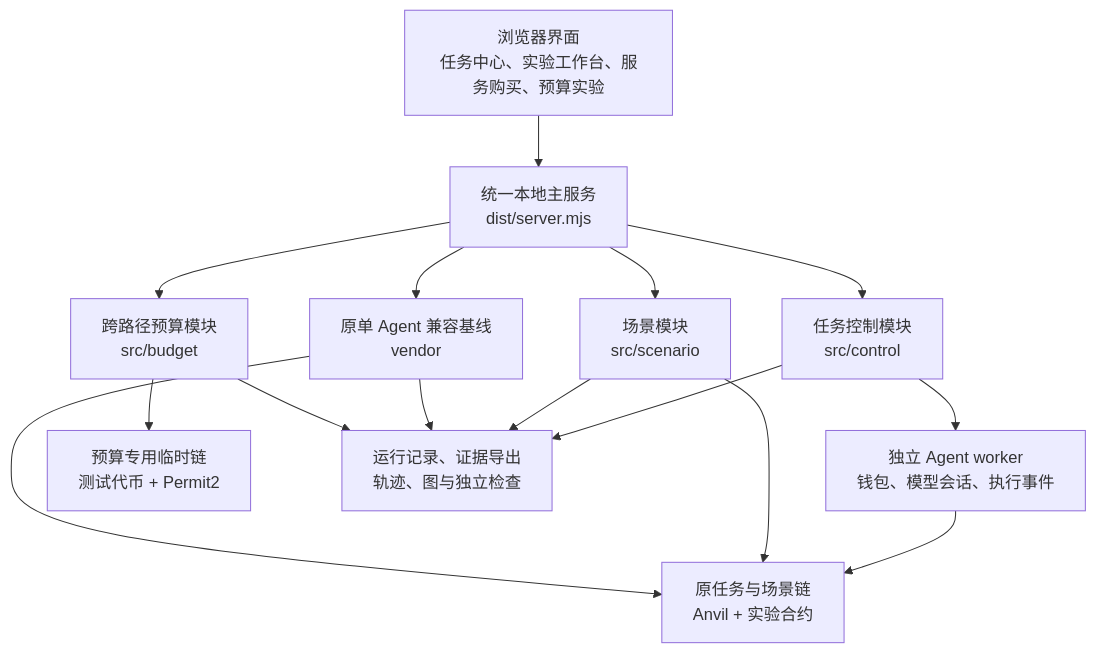
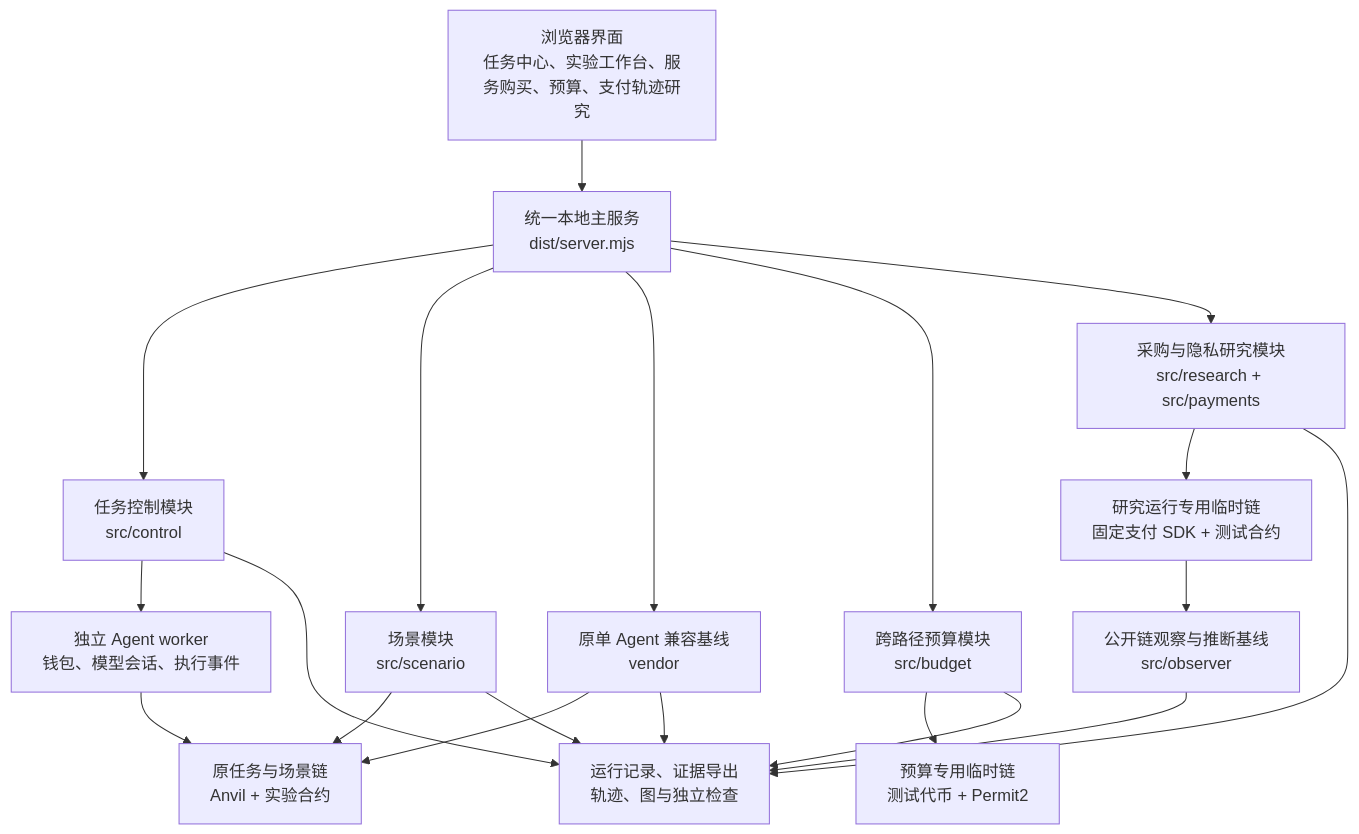
Before and after one commit to ZhanHaowen/Web3-Agent-Lab: the diagram in README.md, drawn with Mermaid. The commit also changed other lines of this file and 142 other files, not shown here.

````diff
--- a/README.md
+++ b/README.md
@@ -158,32 +173,40 @@
 ```mermaid
 flowchart TB
-    UI["浏览器界面<br/>任务中心、实验工作台、服务购买、预算实验"]
+    UI["浏览器界面<br/>任务中心、实验工作台、服务购买、预算、支付轨迹研究"]
     MAIN["统一本地主服务<br/>dist/server.mjs"]
 
     CONTROL["任务控制模块<br/>src/control"]
     WORKER["独立 Agent worker<br/>钱包、模型会话、执行事件"]
     SCENARIO["场景模块<br/>src/scenario"]
     LEGACY["原单 Agent 兼容基线<br/>vendor"]
     BUDGET["跨路径预算模块<br/>src/budget"]
+    RESEARCH["采购与隐私研究模块<br/>src/research + src/payments"]
+    OBSERVER["公开链观察与推断基线<br/>src/observer"]
 
     CHAIN["原任务与场景链<br/>Anvil + 实验合约"]
     BCHAIN["预算专用临时链<br/>测试代币 + Permit2"]
+    RCHAIN["研究运行专用临时链<br/>固定支付 SDK + 测试合约"]
     EVIDENCE["运行记录、证据导出<br/>轨迹、图与独立检查"]
 
     UI --> MAIN
     MAIN --> CONTROL
     MAIN --> SCENARIO
     MAIN --> LEGACY
     MAIN --> BUDGET
+    MAIN --> RESEARCH
 
     CONTROL --> WORKER
     WORKER --> CHAIN
     SCENARIO --> CHAIN
     LEGACY --> CHAIN
     BUDGET --> BCHAIN
+    RESEARCH --> RCHAIN
+    RCHAIN --> OBSERVER
 
     CONTROL --> EVIDENCE
     SCENARIO --> EVIDENCE
     LEGACY --> EVIDENCE
     BUDGET --> EVIDENCE
+    RESEARCH --> EVIDENCE
+    OBSERVER --> EVIDENCE
 ```
````
